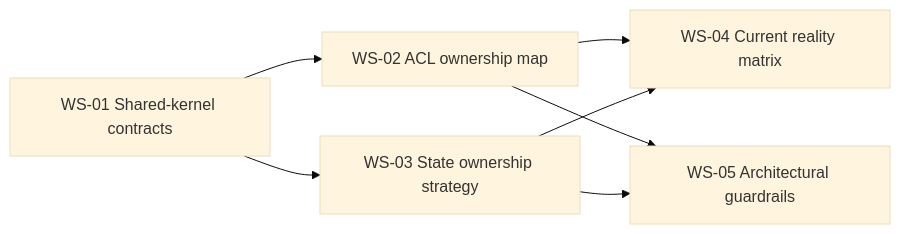
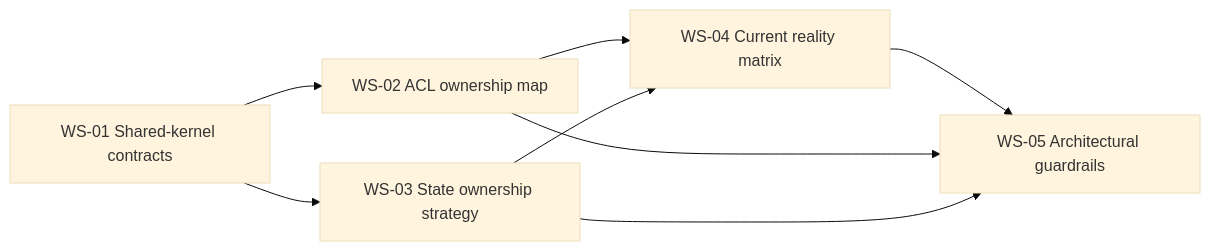
The first of 2 diagrams in docs/architecture/frontend/review/frontend-architecture-deepening-work-plan.md (dunay2/dvt), drawn with Mermaid (base theme) before and after one commit. The commit also changed other lines of this file and 15 other files, not shown here.

Commit message:
docs(docs): Publish frontend architecture guardrails

````diff
--- a/docs/architecture/frontend/review/frontend-architecture-deepening-work-plan.md
+++ b/docs/architecture/frontend/review/frontend-architecture-deepening-work-plan.md
@@ -162,9 +172,10 @@
 ```mermaid
 flowchart LR
     W1[WS-01 Shared-kernel contracts] --> W2[WS-02 ACL ownership map]
     W1 --> W3[WS-03 State ownership strategy]
     W2 --> W4[WS-04 Current reality matrix]
     W3 --> W4
+    W4 --> W5[WS-05 Architectural guardrails]
     W2 --> W5[WS-05 Architectural guardrails]
     W3 --> W5
 ```
````
